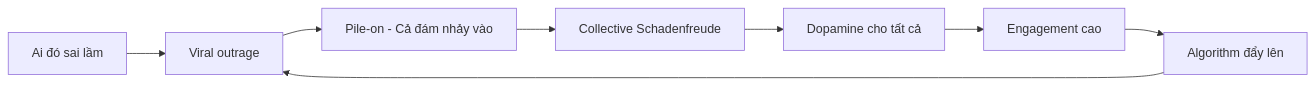
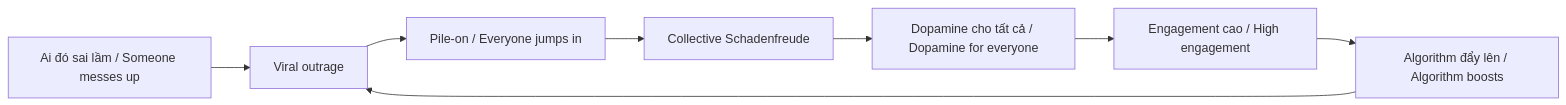
Before and after one commit to dyukahi/knowledge: the third of 5 diagrams in mental-models/Schadenfreude - Dopamine Phản Diện.md, drawn with Mermaid. The commit also changed other lines of this file and 3 other files, not shown here.

````diff
--- a/mental-models/Schadenfreude - Dopamine Phản Diện.md
+++ b/mental-models/Schadenfreude - Dopamine Phản Diện.md
@@ -118,10 +123,10 @@
 ```mermaid
 flowchart LR
-    A[Ai đó sai lầm] --> B[Viral outrage]
-    B --> C[Pile-on - Cả đám nhảy vào]
+    A[Ai đó sai lầm / Someone messes up] --> B[Viral outrage]
+    B --> C[Pile-on / Everyone jumps in]
     C --> D[Collective Schadenfreude]
-    D --> E[Dopamine cho tất cả]
-    E --> F[Engagement cao]
-    F --> G[Algorithm đẩy lên]
+    D --> E[Dopamine cho tất cả / Dopamine for everyone]
+    E --> F[Engagement cao / High engagement]
+    F --> G[Algorithm đẩy lên / Algorithm boosts]
     G --> B
 ```
````
